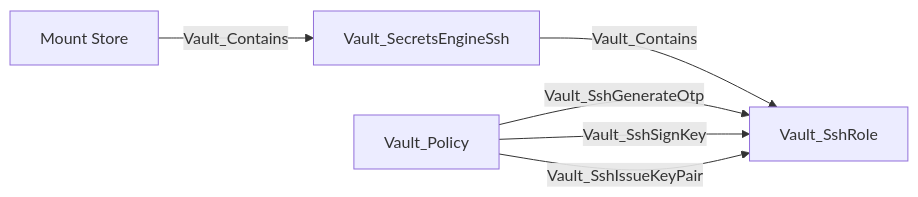
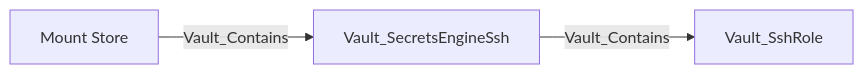
One commit to bytewreck/opengraph-vault changed diagram 22 of 29 in Documentation/stores/MOUNTS.md. Above: the diagram before and after it, drawn with Mermaid. The commit also changed other lines of this file and 3 other files, not shown here.

````diff
--- a/Documentation/stores/MOUNTS.md
+++ b/Documentation/stores/MOUNTS.md
@@ -411,8 +386,5 @@
 ```mermaid
 flowchart LR
     store[Mount Store] -->|Vault_Contains| mount[Vault_SecretsEngineSsh]
     mount -->|Vault_Contains| role[Vault_SshRole]
-    policy[Vault_Policy] -->|Vault_SshGenerateOtp| role
-    policy -->|Vault_SshSignKey| role
-    policy -->|Vault_SshIssueKeyPair| role
 ```
````
